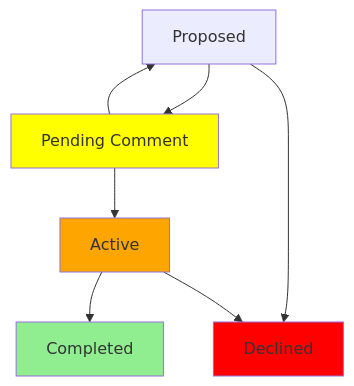
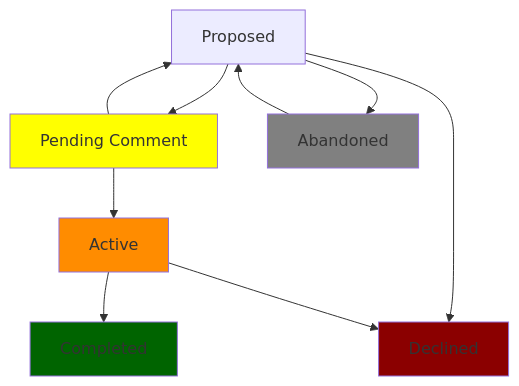
The diagram in README.md (electron/rfcs), drawn with Mermaid before and after one commit. The commit also changed other lines of this file, not shown here.

Commit message:
chore: add abandoned state

````diff
--- a/README.md
+++ b/README.md
@@ -64,13 +68,16 @@
 ```mermaid
 flowchart TD
   P[Proposed] --> PC[Pending Comment];
   PC --> A[Active];
   A --> C[Completed];
   PC --> P;
   P --> D[Declined];
   A --> D;
-  style D fill:red;
-  style A fill:orange;
-  style C fill:lightgreen;
+  P --> AB[Abandoned];
+  AB --> P;
+  style D fill:darkred;
+  style A fill:darkorange;
+  style C fill:darkgreen;
   style PC fill:yellow;
+  style AB fill:gray;
 ```
````
